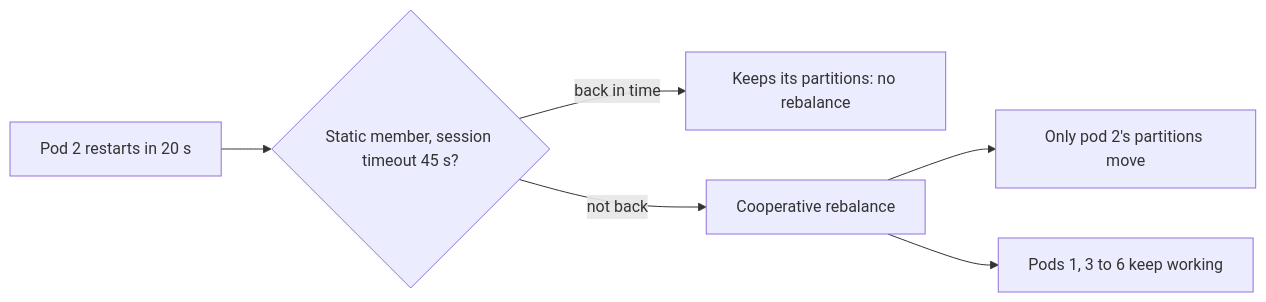
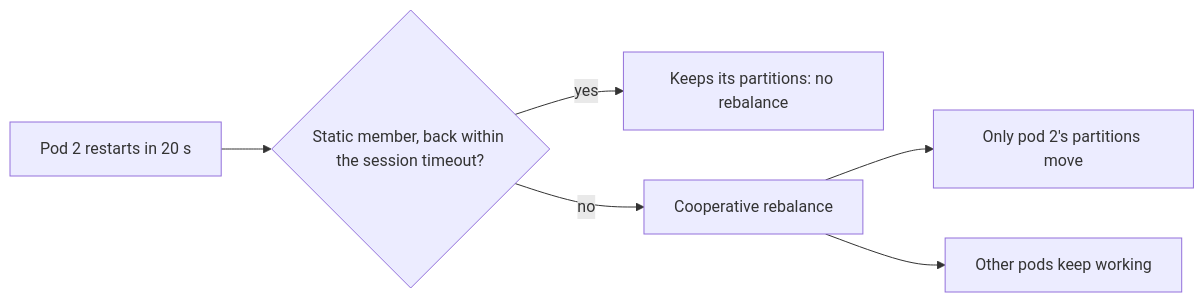
The second of 2 diagrams in notes/02-messaging/02-kafka/07-rebalancing-static-membership.md (jubin-techwiz/learning), drawn with Mermaid before and after one commit. The commit also changed other lines of this file and 37 other files, not shown here.

````diff
--- a/notes/02-messaging/02-kafka/07-rebalancing-static-membership.md
+++ b/notes/02-messaging/02-kafka/07-rebalancing-static-membership.md
@@ -50,8 +78,8 @@
 ```mermaid
 flowchart LR
-    R[Pod 2 restarts in 20 s] --> S{Static member, session timeout 45 s?}
-    S -->|back in time| K[Keeps its partitions: no rebalance]
-    S -->|not back| C[Cooperative rebalance]
+    R[Pod 2 restarts in 20 s] --> S{Static member, back within the session timeout?}
+    S -->|yes| K[Keeps its partitions: no rebalance]
+    S -->|no| C[Cooperative rebalance]
     C --> M[Only pod 2's partitions move]
-    C --> W[Pods 1, 3 to 6 keep working]
+    C --> W[Other pods keep working]
 ```
````
